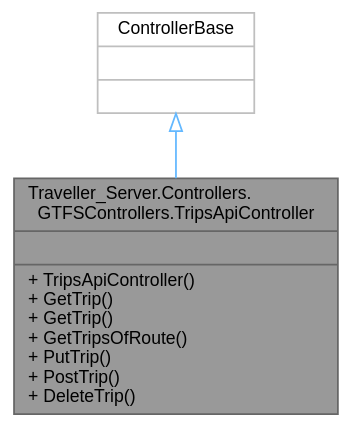
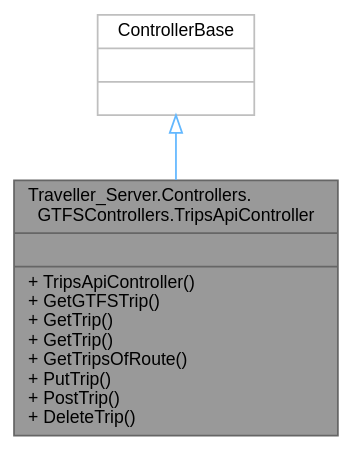
Before and after one commit to VenelinArgirov/manual-tecnico.github.io: the diagram in Servidor/class_traveller___server_1_1_controllers_1_1_g_t_f_s_controllers_1_1_trips_api_controller__coll__graph.dot, drawn with Graphviz. The commit also changed 1719 other files, not shown here.

```diff
--- a/Servidor/class_traveller___server_1_1_controllers_1_1_g_t_f_s_controllers_1_1_trips_api_controller__coll__graph.dot
+++ b/Servidor/class_traveller___server_1_1_controllers_1_1_g_t_f_s_controllers_1_1_trips_api_controller__coll__graph.dot
@@ -1,10 +1,10 @@
 digraph "Traveller_Server.Controllers.GTFSControllers.TripsApiController"
 {
  // LATEX_PDF_SIZE
   bgcolor="transparent";
   edge [fontname=Helvetica,fontsize=10,labelfontname=Helvetica,labelfontsize=10];
   node [fontname=Helvetica,fontsize=10,shape=box,height=0.2,width=0.4];
-  Node1 [shape=record,label="{Traveller_Server.Controllers.\lGTFSControllers.TripsApiController\n||+ TripsApiController()\l+ GetTrip()\l+ GetTrip()\l+ GetTripsOfRoute()\l+ PutTrip()\l+ PostTrip()\l+ DeleteTrip()\l}",height=0.2,width=0.4,color="gray40", fillcolor="grey60", style="filled", fontcolor="black",tooltip=" "];
+  Node1 [shape=record,label="{Traveller_Server.Controllers.\lGTFSControllers.TripsApiController\n||+ TripsApiController()\l+ GetGTFSTrip()\l+ GetTrip()\l+ GetTrip()\l+ GetTripsOfRoute()\l+ PutTrip()\l+ PostTrip()\l+ DeleteTrip()\l}",height=0.2,width=0.4,color="gray40", fillcolor="grey60", style="filled", fontcolor="black",tooltip="API Controller for CRUD actions for Trips."];
   Node2 -> Node1 [dir="back",color="steelblue1",style="solid",arrowtail="onormal"];
   Node2 [shape=record,label="{ControllerBase\n||}",height=0.2,width=0.4,color="grey75", fillcolor="white", style="filled",tooltip=" "];
 }
```
